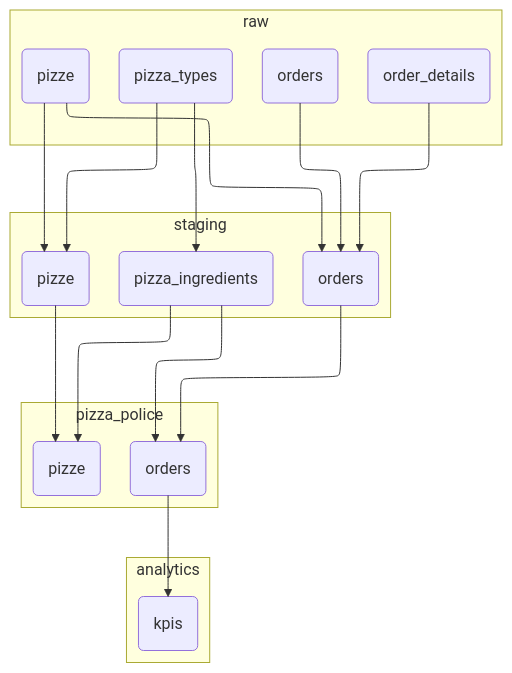
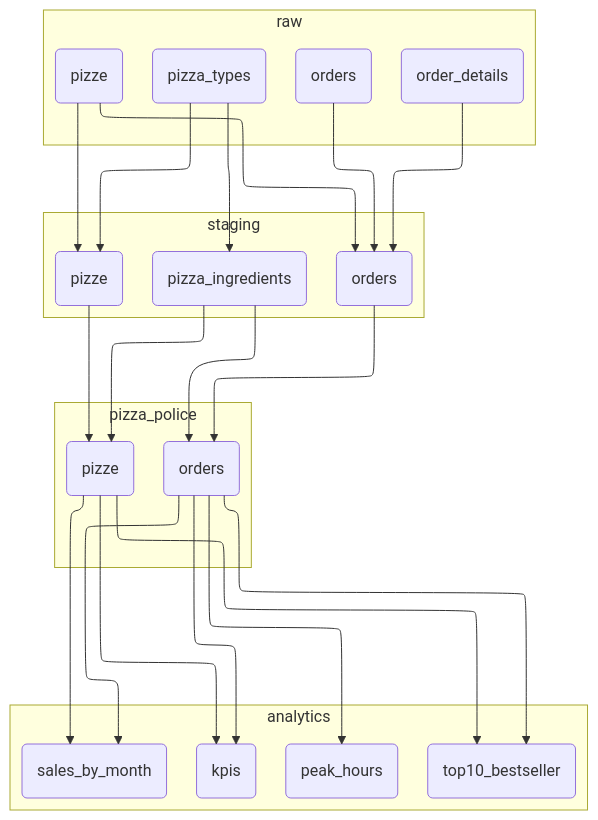
Before and after one commit to LeonardoNatale/pizza-engineering: the second of 2 diagrams in docs/README.md, drawn with Mermaid. The commit also changed 4 other files, not shown here.

````diff
--- a/docs/README.md
+++ b/docs/README.md
@@ -26,41 +26,50 @@
 ```mermaid
 %%{init: {"flowchart": {"defaultRenderer": "elk"}} }%%
 flowchart TB
 
     subgraph analytics
         analytics.kpis(kpis)
+        analytics.peak_hours(peak_hours)
+        analytics.sales_by_month(sales_by_month)
+        analytics.top10_bestseller(top10_bestseller)
     end
 
 
     subgraph pizza_police
         pizza_police.orders(orders)
         pizza_police.pizze(pizze)
     end
 
 
     subgraph raw
         raw.order_details(order_details)
         raw.orders(orders)
         raw.pizza_types(pizza_types)
         raw.pizze(pizze)
     end
 
 
     subgraph staging
         staging.orders(orders)
         staging.pizza_ingredients(pizza_ingredients)
         staging.pizze(pizze)
     end
 
     pizza_police.orders --> analytics.kpis
+    pizza_police.pizze --> analytics.kpis
+    pizza_police.orders --> analytics.peak_hours
+    pizza_police.orders --> analytics.sales_by_month
+    pizza_police.pizze --> analytics.sales_by_month
+    pizza_police.orders --> analytics.top10_bestseller
+    pizza_police.pizze --> analytics.top10_bestseller
     staging.orders --> pizza_police.orders
     staging.pizza_ingredients --> pizza_police.orders
     staging.pizza_ingredients --> pizza_police.pizze
     staging.pizze --> pizza_police.pizze
     raw.order_details --> staging.orders
     raw.orders --> staging.orders
     raw.pizze --> staging.orders
     raw.pizza_types --> staging.pizza_ingredients
     raw.pizza_types --> staging.pizze
     raw.pizze --> staging.pizze
 ```
````
